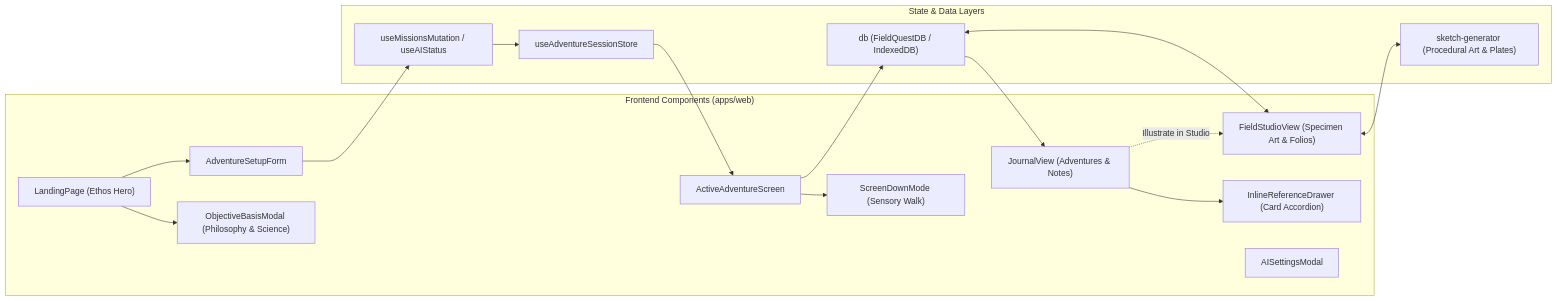
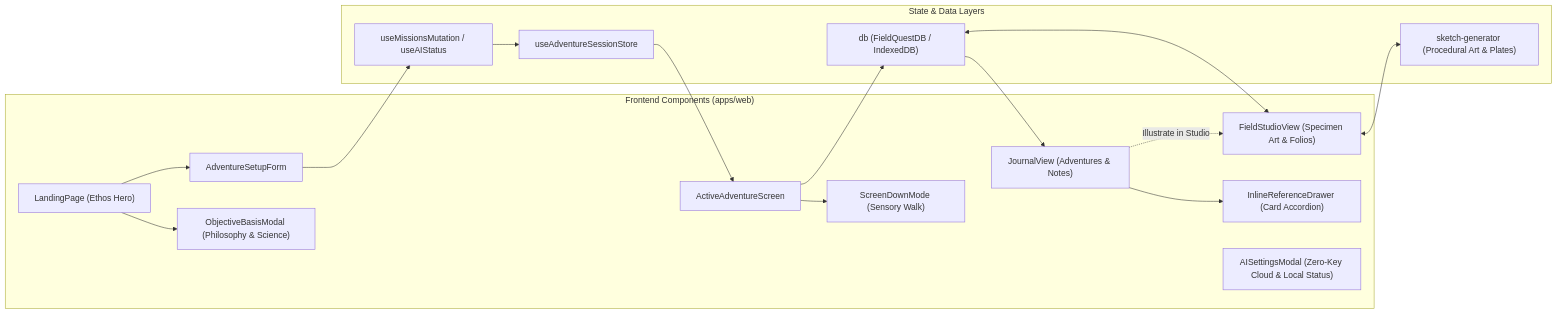
Before and after one commit to arnab825/FieldQuest: the second of 5 diagrams in docs/ARCHITECTURE.md, drawn with Mermaid. The commit also changed other lines of this file and 21 other files, not shown here.

````diff
--- a/docs/ARCHITECTURE.md
+++ b/docs/ARCHITECTURE.md
@@ -49,34 +58,34 @@
 ```mermaid
 graph LR
     subgraph Frontend_Components["Frontend Components (apps/web)"]
         Landing["LandingPage (Ethos Hero)"]
         Setup["AdventureSetupForm"]
         Active["ActiveAdventureScreen"]
         ScreenDown["ScreenDownMode (Sensory Walk)"]
         Journal["JournalView (Adventures & Notes)"]
         Studio["FieldStudioView (Specimen Art & Folios)"]
         PlateDrawer["InlineReferenceDrawer (Card Accordion)"]
         Philosophy["ObjectiveBasisModal (Philosophy & Science)"]
-        Settings["AISettingsModal"]
+        Settings["AISettingsModal (Zero-Key Cloud & Local Status)"]
     end
     
     subgraph State_Management["State & Data Layers"]
         ZustandSession["useAdventureSessionStore"]
         DexieDB["db (FieldQuestDB / IndexedDB)"]
         SketchGen["sketch-generator (Procedural Art & Plates)"]
         QueryHooks["useMissionsMutation / useAIStatus"]
     end
     
     Landing --> Setup
     Landing --> Philosophy
     Setup --> QueryHooks
     QueryHooks --> ZustandSession
     ZustandSession --> Active
     Active --> ScreenDown
     Active --> DexieDB
     DexieDB --> Journal
     Journal --> PlateDrawer
     Journal -.->|Illustrate in Studio| Studio
     Studio <--> DexieDB
     Studio <--> SketchGen
 ```
````
